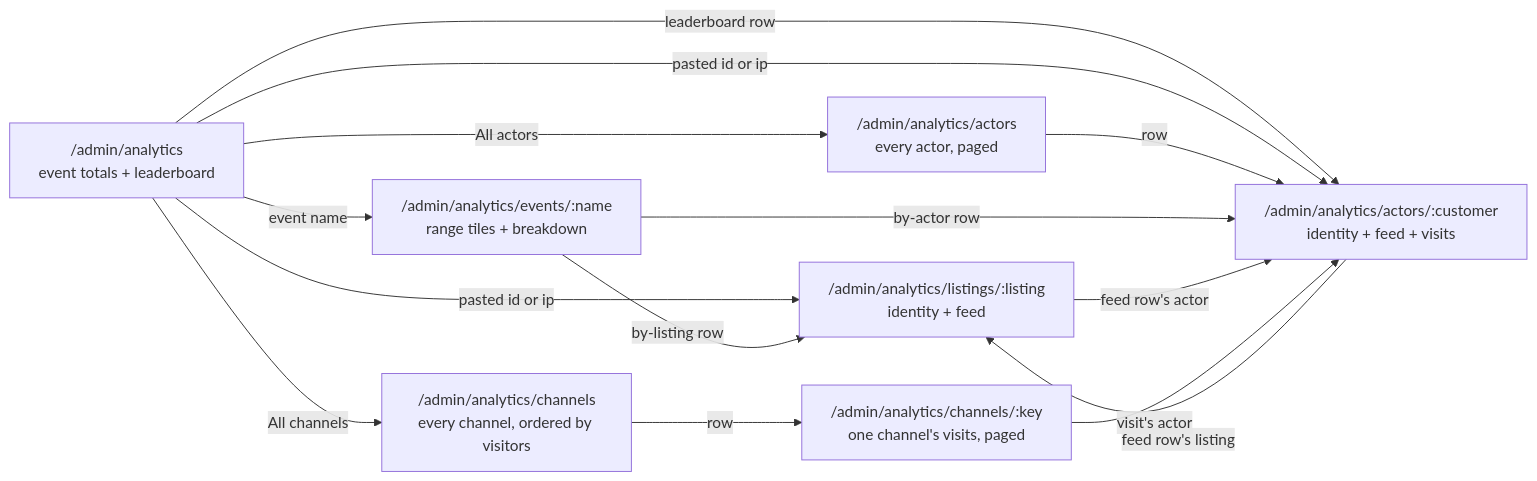
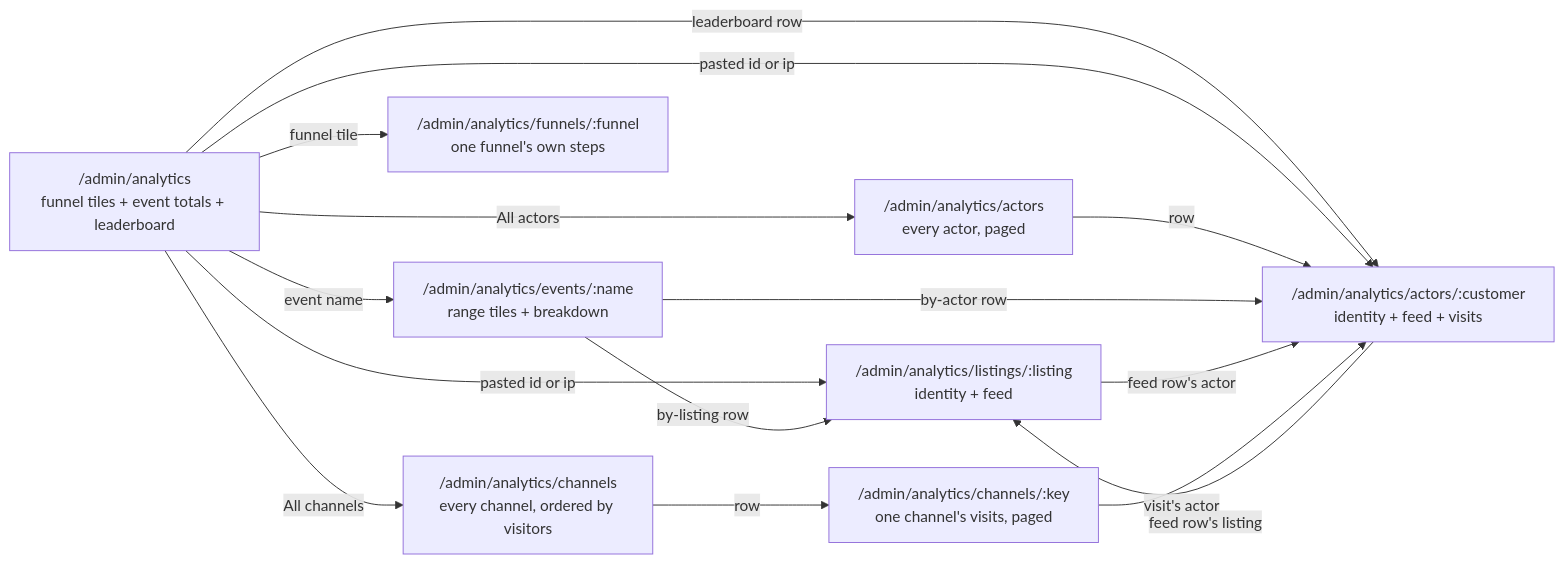
The fifth of 8 diagrams in prototype/php/docs/admin.md (jonathan-beebe/art-store), drawn with Mermaid before and after one commit. The commit also changed other lines of this file and 53 other files, not shown here.

First line of the commit message:
feat[php]: admins define funnels as ordered event names, drawn as funnels [FEAT-049] (#72)

````diff
--- a/prototype/php/docs/admin.md
+++ b/prototype/php/docs/admin.md
@@ -291,24 +297,26 @@
 ```mermaid
 flowchart LR
-    entry["/admin/analytics<br/>event totals + leaderboard"]
+    entry["/admin/analytics<br/>funnel tiles + event totals + leaderboard"]
     event["/admin/analytics/events/:name<br/>range tiles + breakdown"]
     actors["/admin/analytics/actors<br/>every actor, paged"]
     listing["/admin/analytics/listings/:listing<br/>identity + feed"]
     actor["/admin/analytics/actors/:customer<br/>identity + feed + visits"]
     channels["/admin/analytics/channels<br/>every channel, ordered by visitors"]
     channel["/admin/analytics/channels/:key<br/>one channel's visits, paged"]
+    funnel["/admin/analytics/funnels/:funnel<br/>one funnel's own steps"]
 
     entry -->|"event name"| event
     entry -->|"leaderboard row"| actor
     entry -->|"pasted id or ip"| listing
     entry -->|"pasted id or ip"| actor
     entry -->|"All actors"| actors
     entry -->|"All channels"| channels
+    entry -->|"funnel tile"| funnel
     actors -->|"row"| actor
     event -->|"by-listing row"| listing
     event -->|"by-actor row"| actor
     listing -->|"feed row's actor"| actor
     actor -->|"feed row's listing"| listing
     channels -->|"row"| channel
     channel -->|"visit's actor"| actor
 ```
````
